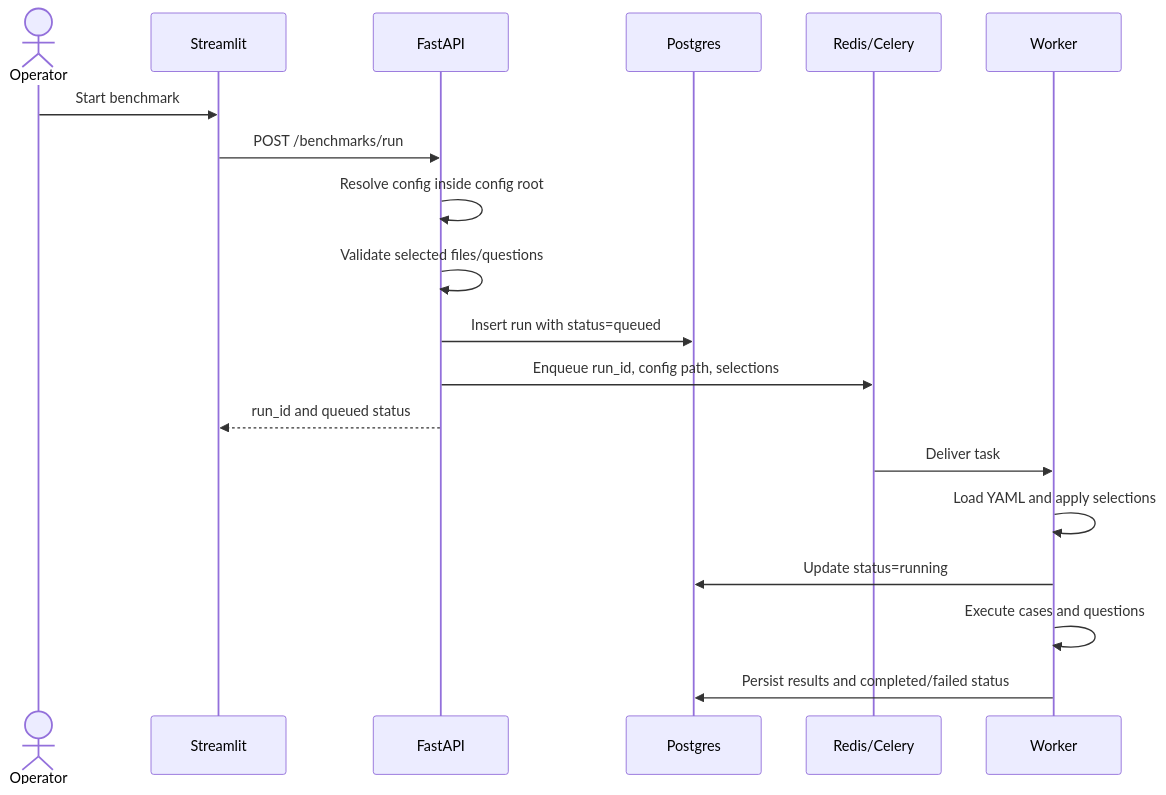
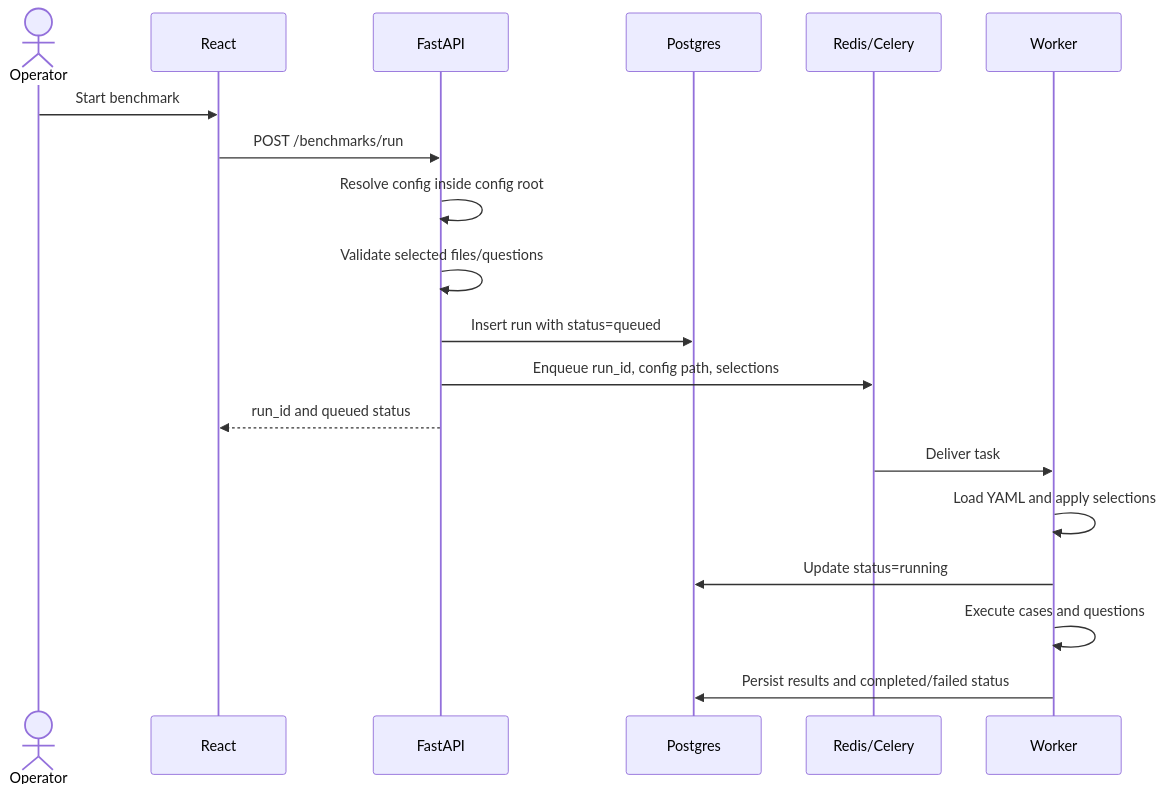
Before and after one commit to icpinto/RAG-benchmark: the second of 4 diagrams in docs/platform-flow.md, drawn with Mermaid. The commit also changed other lines of this file and 52 other files, not shown here.

````diff
--- a/docs/platform-flow.md
+++ b/docs/platform-flow.md
@@ -92,22 +91,22 @@
 ```mermaid
 sequenceDiagram
     actor O as Operator
-    participant U as Streamlit
+    participant U as React
     participant A as FastAPI
     participant P as Postgres
     participant R as Redis/Celery
     participant W as Worker
 
     O->>U: Start benchmark
     U->>A: POST /benchmarks/run
     A->>A: Resolve config inside config root
     A->>A: Validate selected files/questions
     A->>P: Insert run with status=queued
     A->>R: Enqueue run_id, config path, selections
     A-->>U: run_id and queued status
     R->>W: Deliver task
     W->>W: Load YAML and apply selections
     W->>P: Update status=running
     W->>W: Execute cases and questions
     W->>P: Persist results and completed/failed status
 ```
````
